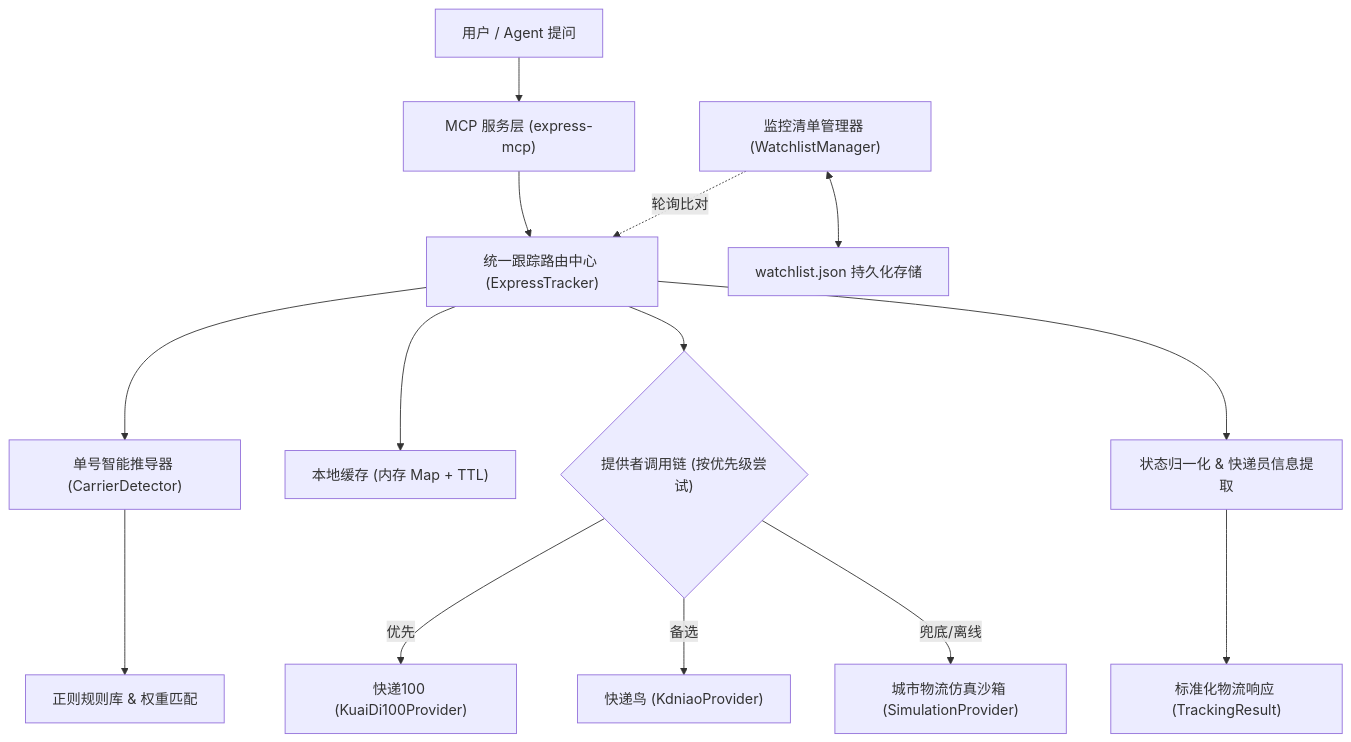
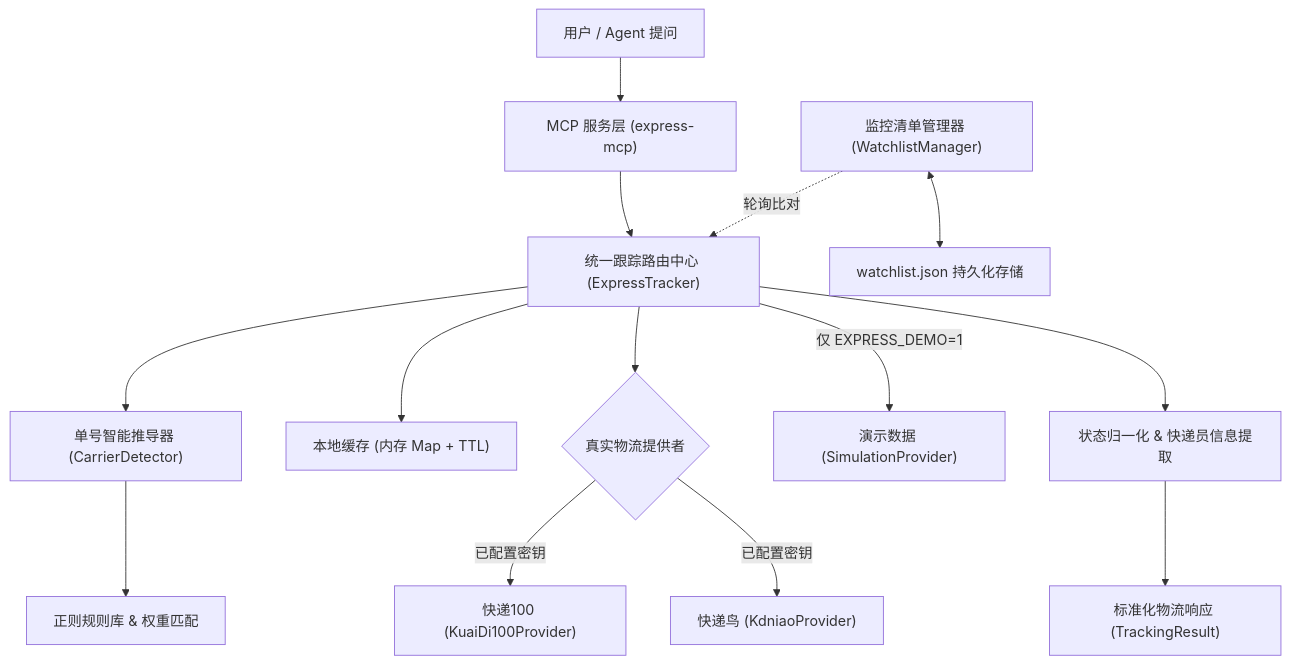
One commit to manifoldor/express changed the first of 2 diagrams in docs/API.md. Above: the diagram before and after it, drawn with Mermaid. The commit also changed other lines of this file and 67 other files, not shown here.

````diff
--- a/docs/API.md
+++ b/docs/API.md
@@ -9,21 +9,21 @@
 ```mermaid
 flowchart TD
     User["用户 / Agent 提问"] --> MCP["MCP 服务层 (express-mcp)"]
     MCP --> Tracker["统一跟踪路由中心 (ExpressTracker)"]
     
     Tracker --> Detector["单号智能推导器 (CarrierDetector)"]
     Detector --> Rules["正则规则库 & 权重匹配"]
     
     Tracker --> Cache["本地缓存 (内存 Map + TTL)"]
     
-    Tracker --> Providers{"提供者调用链 (按优先级尝试)"}
-    Providers -->|优先| KD100["快递100 (KuaiDi100Provider)"]
-    Providers -->|备选| KDNIAO["快递鸟 (KdniaoProvider)"]
-    Providers -->|兜底/离线| Sim["城市物流仿真沙箱 (SimulationProvider)"]
+    Tracker --> Providers{"真实物流提供者"}
+    Providers -->|已配置密钥| KD100["快递100 (KuaiDi100Provider)"]
+    Providers -->|已配置密钥| KDNIAO["快递鸟 (KdniaoProvider)"]
+    Tracker -->|仅 EXPRESS_DEMO=1| Sim["演示数据 (SimulationProvider)"]
     
     Tracker --> Normalizer["状态归一化 & 快递员信息提取"]
     Normalizer --> Output["标准化物流响应 (TrackingResult)"]
     
     WatchlistMgr["监控清单管理器 (WatchlistManager)"] <--> Persistence["watchlist.json 持久化存储"]
     WatchlistMgr -. 轮询比对 .-> Tracker
 ```
````
